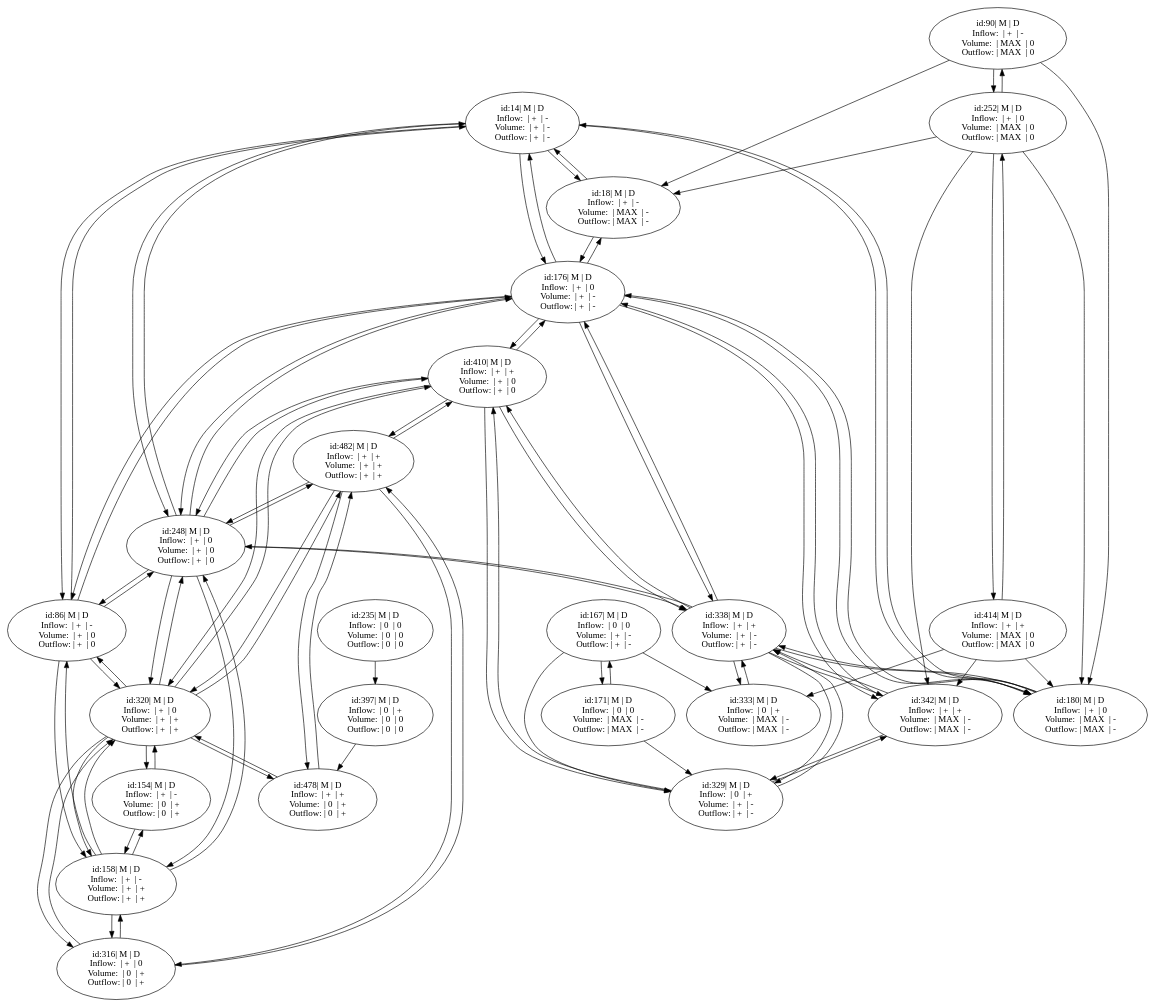
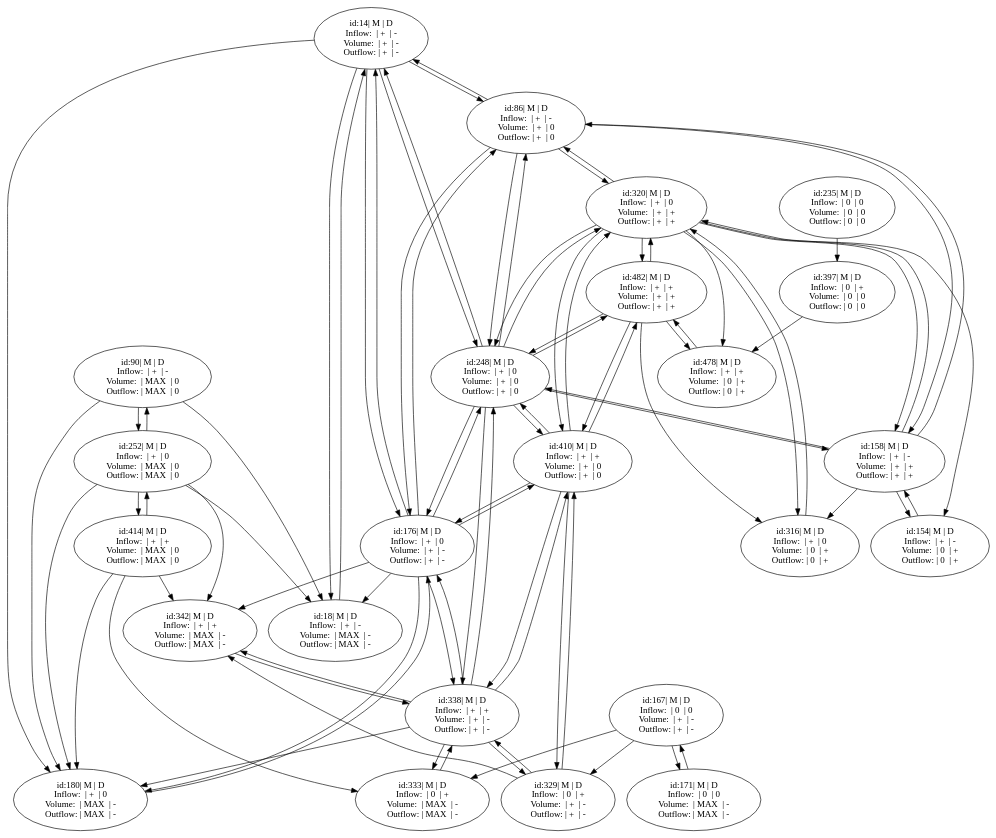
Before and after one commit to JappaB/Knowledge_Representation: the diagram in QR assignment/graph.gv, drawn with Graphviz. The commit also changed 1 other file, not shown here.

```diff
--- a/QR assignment/graph.gv
+++ b/QR assignment/graph.gv
@@ -126,11 +126,9 @@
 		14 -> 176
 		176 -> 14
 		14 -> 180
-		180 -> 14
 		14 -> 248
 		248 -> 14
 		90 -> 18
-		18 -> 176
 		176 -> 18
 		252 -> 18
 		86 -> 158
@@ -146,19 +144,16 @@
 		252 -> 90
 		154 -> 158
 		158 -> 154
-		154 -> 320
 		320 -> 154
 		158 -> 248
 		248 -> 158
 		158 -> 316
-		316 -> 158
 		158 -> 320
 		320 -> 158
 		167 -> 171
 		171 -> 167
 		167 -> 329
 		167 -> 333
-		171 -> 329
 		176 -> 180
 		180 -> 176
 		176 -> 248
@@ -166,11 +161,9 @@
 		176 -> 338
 		338 -> 176
 		176 -> 342
-		342 -> 176
 		176 -> 410
 		410 -> 176
 		252 -> 180
-		180 -> 338
 		338 -> 180
 		414 -> 180
 		235 -> 397
@@ -187,18 +180,15 @@
 		414 -> 252
 		316 -> 320
 		320 -> 316
-		316 -> 482
 		482 -> 316
 		320 -> 410
 		410 -> 320
 		320 -> 478
-		478 -> 320
 		320 -> 482
 		482 -> 320
 		329 -> 338
 		338 -> 329
 		329 -> 342
-		342 -> 329
 		329 -> 410
 		410 -> 329
 		333 -> 338
```
